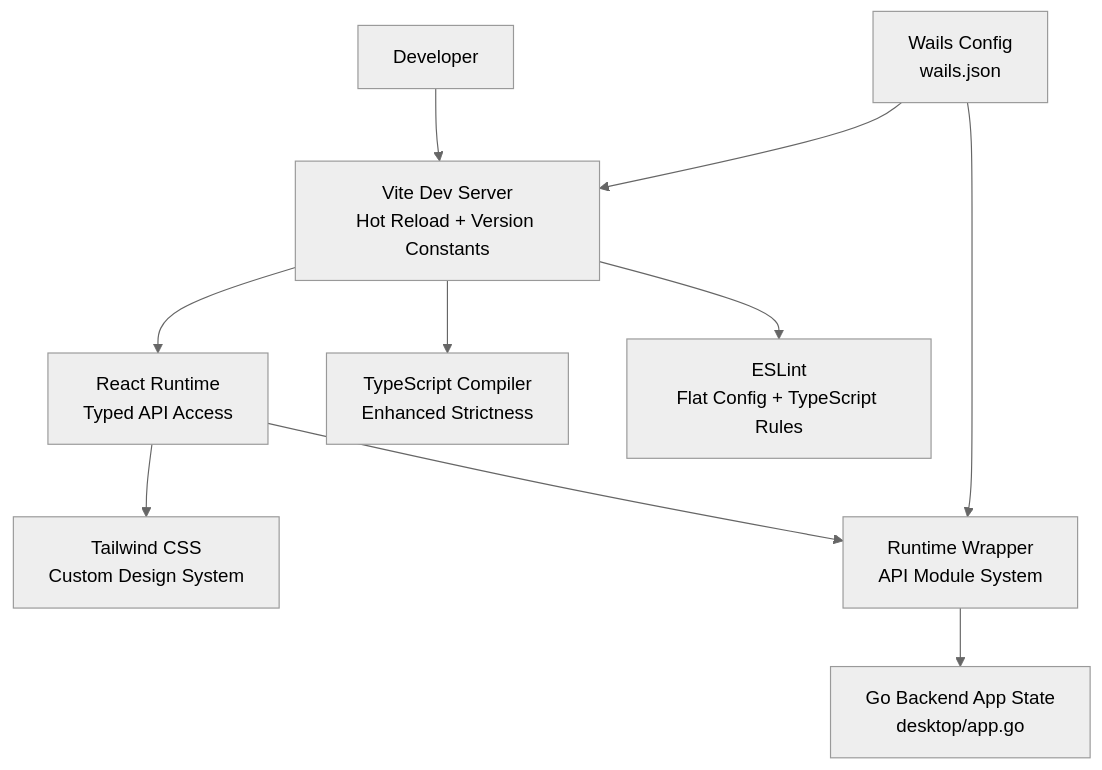
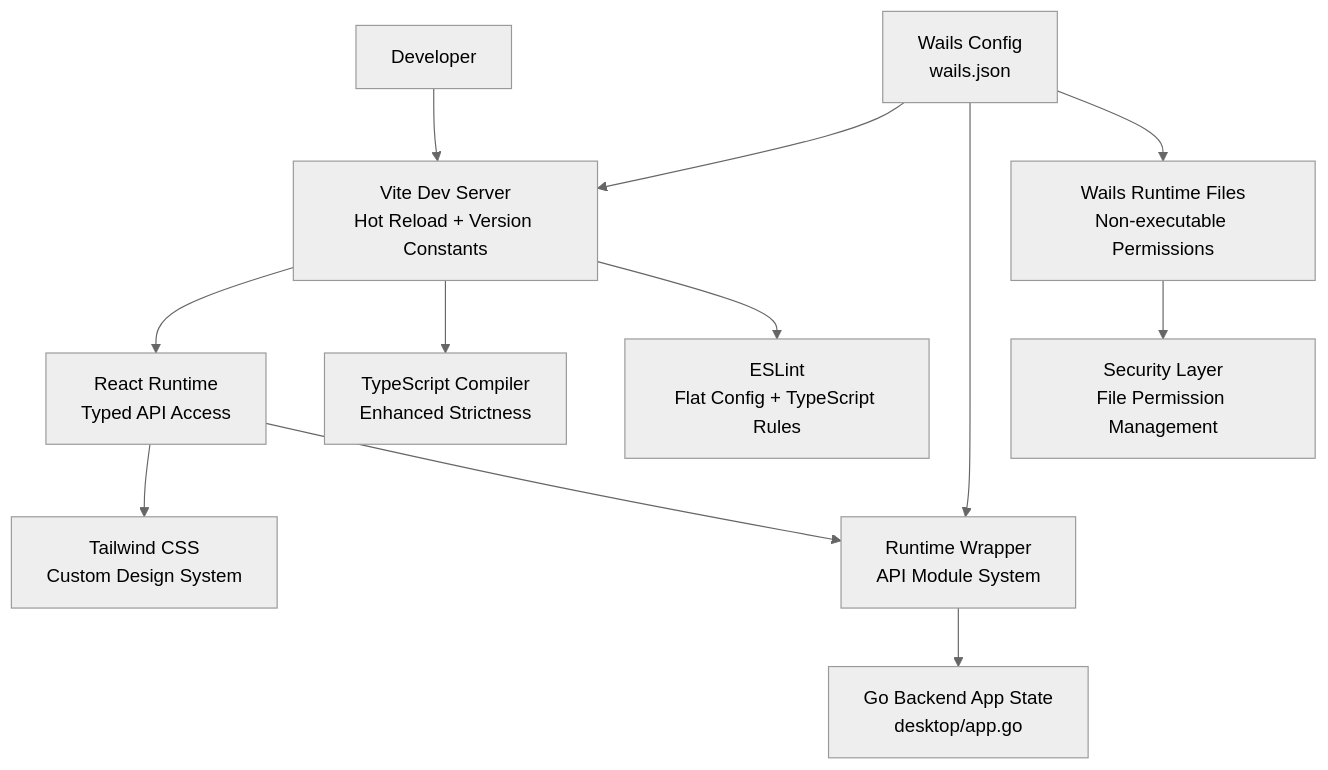
The second of 11 diagrams in .qoder/repowiki/en/content/Frontend Application/Build System.md (v0lka/c0wrk), drawn with Mermaid (neutral theme) before and after one commit. The commit also changed other lines of this file and 1 other file, not shown here.

````diff
--- a/.qoder/repowiki/en/content/Frontend Application/Build System.md
+++ b/.qoder/repowiki/en/content/Frontend Application/Build System.md
@@ -150,21 +163,25 @@
 ```mermaid
 graph TB
 Dev["Developer"]
 Vite["Vite Dev Server<br/>Hot Reload + Version Constants"]
 React["React Runtime<br/>Typed API Access"]
 TW["Tailwind CSS<br/>Custom Design System"]
 TS["TypeScript Compiler<br/>Enhanced Strictness"]
 ESL["ESLint<br/>Flat Config + TypeScript Rules"]
 WailsCfg["Wails Config<br/>wails.json"]
 Runtime["Runtime Wrapper<br/>API Module System"]
+WailsRuntime["Wails Runtime Files<br/>Non-executable Permissions"]
 GoApp["Go Backend App State<br/>desktop/app.go"]
+Security["Security Layer<br/>File Permission Management"]
 Dev --> Vite
 Vite --> React
 React --> TW
 Vite --> TS
 Vite --> ESL
 WailsCfg --> Vite
 WailsCfg --> Runtime
+WailsCfg --> WailsRuntime
+WailsRuntime --> Security
 Runtime --> GoApp
 React --> Runtime
 ```
````
